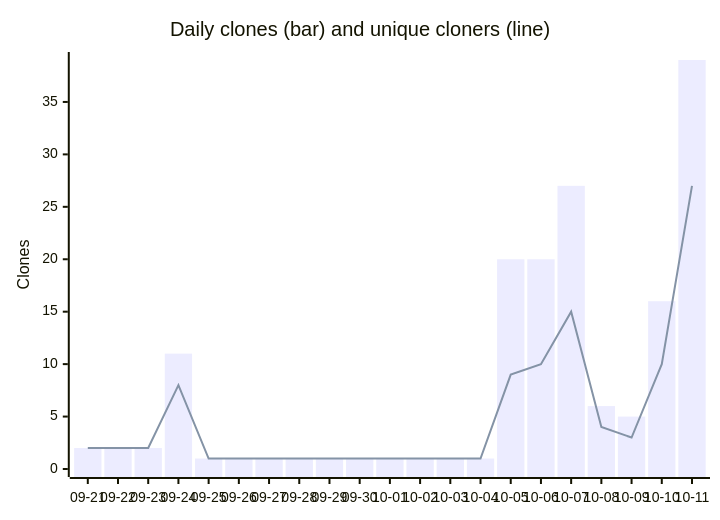
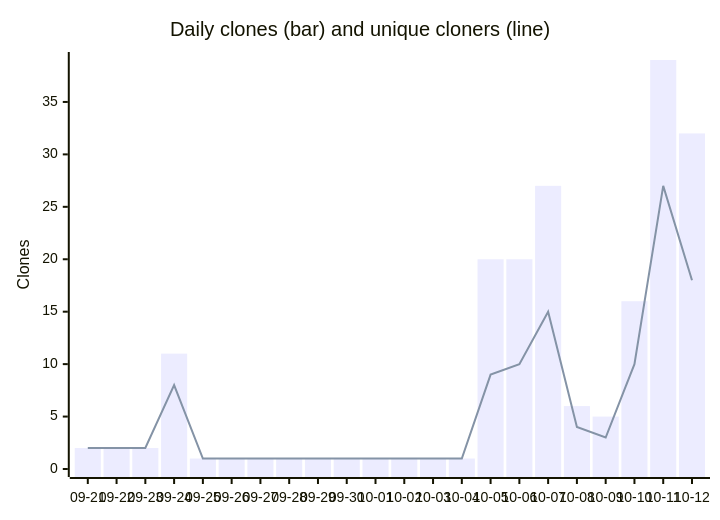
Before and after one commit to babson44/azure-vm-modernization-toolkit: the second of 2 diagrams in metrics/DASHBOARD.md, drawn with Mermaid. The commit also changed other lines of this file and 2 other files, not shown here.

````diff
--- a/metrics/DASHBOARD.md
+++ b/metrics/DASHBOARD.md
@@ -29,8 +29,8 @@
 ```mermaid
 xychart-beta
     title "Daily clones (bar) and unique cloners (line)"
-    x-axis [09-21, 09-22, 09-23, 09-24, 09-25, 09-26, 09-27, 09-28, 09-29, 09-30, 10-01, 10-02, 10-03, 10-04, 10-05, 10-06, 10-07, 10-08, 10-09, 10-10, 10-11]
+    x-axis [09-21, 09-22, 09-23, 09-24, 09-25, 09-26, 09-27, 09-28, 09-29, 09-30, 10-01, 10-02, 10-03, 10-04, 10-05, 10-06, 10-07, 10-08, 10-09, 10-10, 10-11, 10-12]
     y-axis "Clones" 0 --> 39
-    bar [2, 2, 2, 11, 1, 1, 1, 1, 1, 1, 1, 1, 1, 1, 20, 20, 27, 6, 5, 16, 39]
-    line [2, 2, 2, 8, 1, 1, 1, 1, 1, 1, 1, 1, 1, 1, 9, 10, 15, 4, 3, 10, 27]
+    bar [2, 2, 2, 11, 1, 1, 1, 1, 1, 1, 1, 1, 1, 1, 20, 20, 27, 6, 5, 16, 39, 32]
+    line [2, 2, 2, 8, 1, 1, 1, 1, 1, 1, 1, 1, 1, 1, 9, 10, 15, 4, 3, 10, 27, 18]
 ```
````
